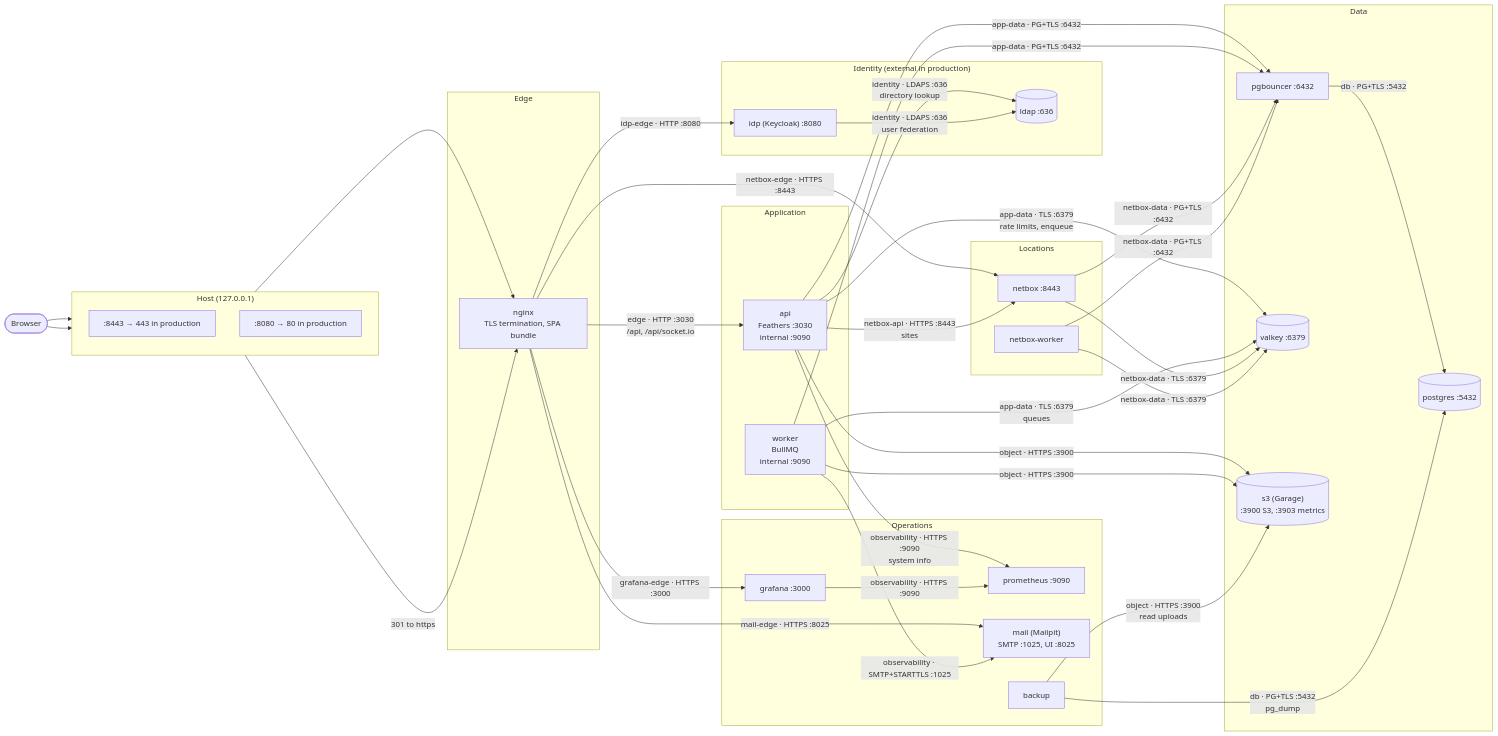
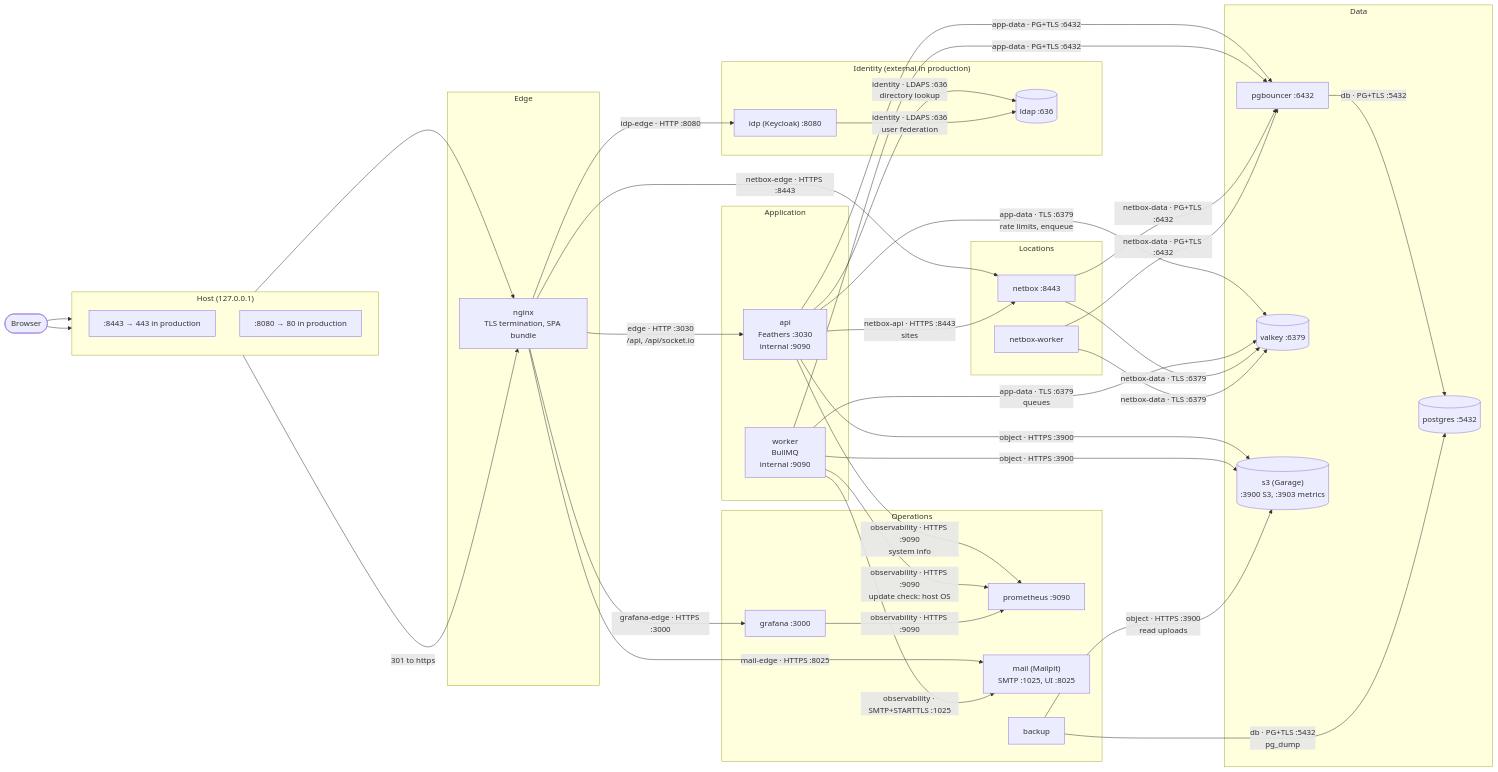
The first of 2 diagrams in docs/adr_v2/diagrams/topology.md (rabalyn/feathers-skeleton-stack), drawn with Mermaid before and after one commit. The commit also changed other lines of this file and 9 other files, not shown here.

First line of the commit message:
docs(diagrams): match the pages to the ADRs and the code

````diff
--- a/docs/adr_v2/diagrams/topology.md
+++ b/docs/adr_v2/diagrams/topology.md
@@ -11,75 +11,76 @@
 ```mermaid
 flowchart LR
   user(["Browser"])
 
   subgraph host["Host (127.0.0.1)"]
     direction TB
     p8443[":8443 → 443 in production"]
     p8080[":8080 → 80 in production"]
   end
 
   subgraph edgeTier["Edge"]
     nginx["nginx<br>TLS termination, SPA bundle"]
   end
 
   subgraph appTier["Application"]
     api["api<br>Feathers :3030<br>internal :9090"]
     worker["worker<br>BullMQ<br>internal :9090"]
   end
 
   subgraph dataTier["Data"]
     pgbouncer["pgbouncer :6432"]
     postgres[("postgres :5432")]
     valkey[("valkey :6379")]
     s3[("s3 (Garage)<br>:3900 S3, :3903 metrics")]
   end
 
   subgraph identityTier["Identity (external in production)"]
     idp["idp (Keycloak) :8080"]
     ldap[("ldap :636")]
   end
 
   subgraph netboxTier["Locations"]
     netbox["netbox :8443"]
     netboxWorker["netbox-worker"]
   end
 
   subgraph opsTier["Operations"]
     grafana["grafana :3000"]
     prometheus["prometheus :9090"]
     mail["mail (Mailpit)<br>SMTP :1025, UI :8025"]
     backup["backup"]
   end
 
   user --> p8443 & p8080
   p8443 --> nginx
   p8080 -->|"301 to https"| nginx
 
   nginx -->|"edge · HTTP :3030<br>/api, /api/socket.io"| api
   nginx -->|"idp-edge · HTTP :8080"| idp
   nginx -->|"netbox-edge · HTTPS :8443"| netbox
   nginx -->|"grafana-edge · HTTPS :3000"| grafana
   nginx -->|"mail-edge · HTTPS :8025"| mail
 
   api -->|"app-data · PG+TLS :6432"| pgbouncer
   worker -->|"app-data · PG+TLS :6432"| pgbouncer
   api -->|"app-data · TLS :6379<br>rate limits, enqueue"| valkey
   worker -->|"app-data · TLS :6379<br>queues"| valkey
   api -->|"object · HTTPS :3900"| s3
   worker -->|"object · HTTPS :3900"| s3
   api -->|"identity · LDAPS :636<br>directory lookup"| ldap
   idp -->|"identity · LDAPS :636<br>user federation"| ldap
   api -->|"netbox-api · HTTPS :8443<br>sites"| netbox
   api -->|"observability · HTTPS :9090<br>system info"| prometheus
   worker -->|"observability · SMTP+STARTTLS :1025"| mail
+  worker -->|"observability · HTTPS :9090<br>update check: host OS"| prometheus
 
   pgbouncer -->|"db · PG+TLS :5432"| postgres
   netbox -->|"netbox-data · PG+TLS :6432"| pgbouncer
   netboxWorker -->|"netbox-data · PG+TLS :6432"| pgbouncer
   netbox -->|"netbox-data · TLS :6379"| valkey
   netboxWorker -->|"netbox-data · TLS :6379"| valkey
 
   backup -->|"db · PG+TLS :5432<br>pg_dump"| postgres
   backup -->|"object · HTTPS :3900<br>read uploads"| s3
   grafana -->|"observability · HTTPS :9090"| prometheus
 ```
````
